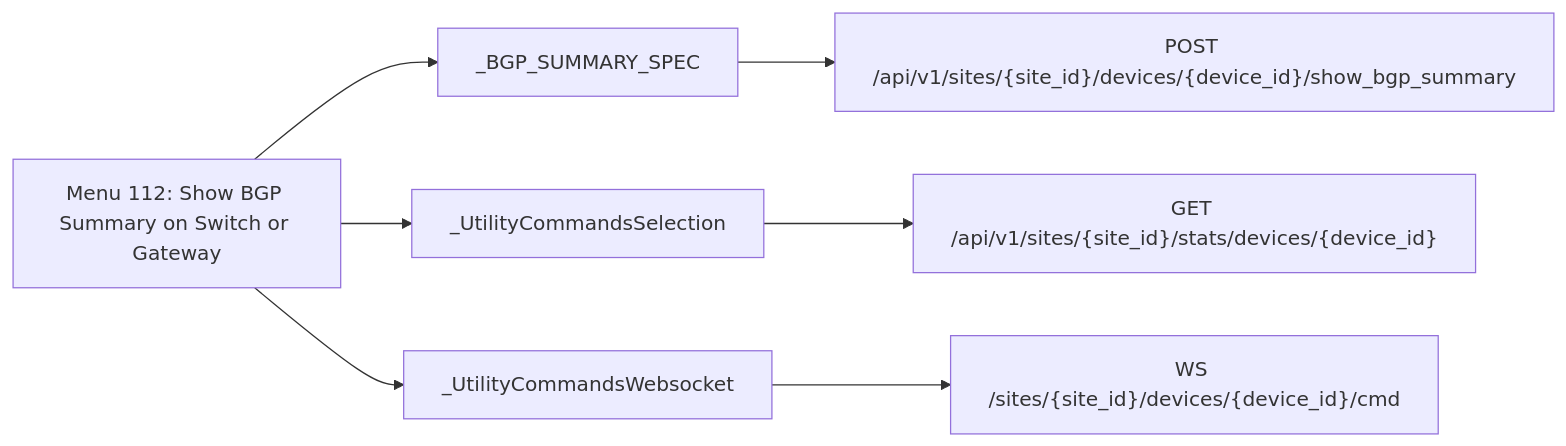
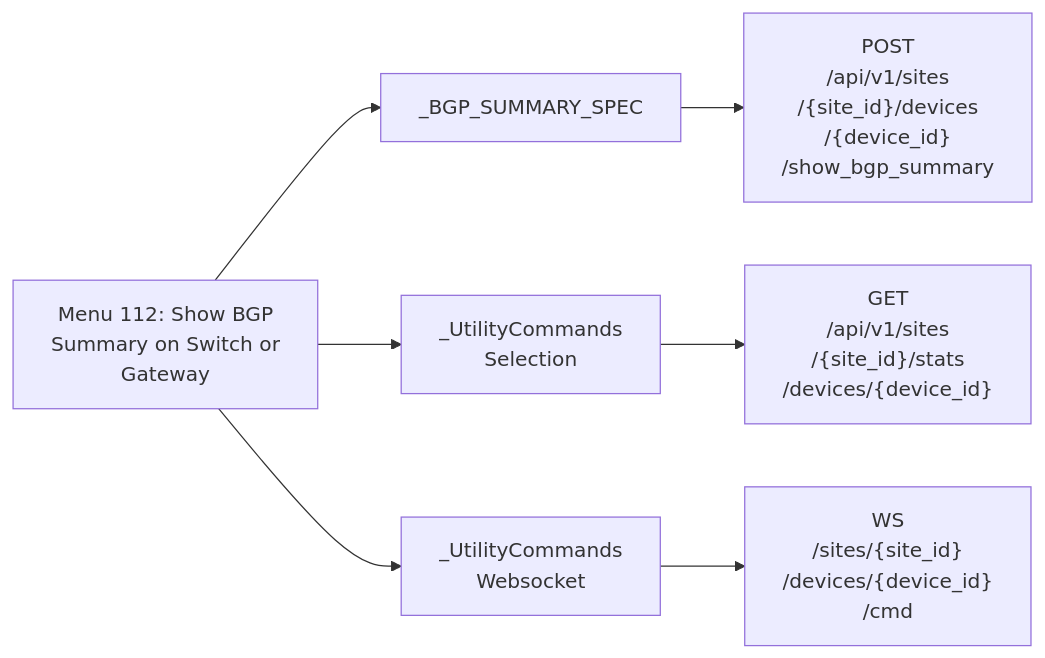
One commit to jmorrison-juniper/MistHelper changed diagram 12 of 23 in documentation/menu-api/websocket.md. Above: the diagram before and after it, drawn with Mermaid. The commit also changed other lines of this file and 19 other files, not shown here.

First line of the commit message:
docs(menu-api): fit the Mermaid diagrams to the wiki column

````diff
--- a/documentation/menu-api/websocket.md
+++ b/documentation/menu-api/websocket.md
@@ -369,10 +277,10 @@
 ```mermaid
 flowchart LR
-    menu["Menu 112: Show BGP Summary on Switch or Gateway"]
+    menu["Menu 112: Show BGP<br/>Summary on Switch or<br/>Gateway"]
     menu --> c1["_BGP_SUMMARY_SPEC"]
-    c1 --> e1["POST /api/v1/sites/{site_id}/devices/{device_id}/show_bgp_summary"]
-    menu --> c2["_UtilityCommandsSelection"]
-    c2 --> e2["GET /api/v1/sites/{site_id}/stats/devices/{device_id}"]
-    menu --> c3["_UtilityCommandsWebsocket"]
-    c3 --> e3["WS /sites/{site_id}/devices/{device_id}/cmd"]
+    c1 --> e1["POST<br/>/api/v1/sites<br/>/{site_id}/devices<br/>/{device_id}<br/>/show_bgp_summary"]
+    menu --> c2["_UtilityCommands<br/>Selection"]
+    c2 --> e2["GET<br/>/api/v1/sites<br/>/{site_id}/stats<br/>/devices/{device_id}"]
+    menu --> c3["_UtilityCommands<br/>Websocket"]
+    c3 --> e3["WS<br/>/sites/{site_id}<br/>/devices/{device_id}<br/>/cmd"]
 ```
````
